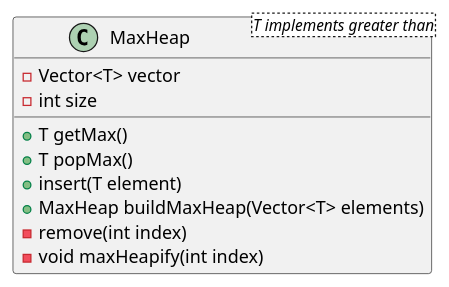
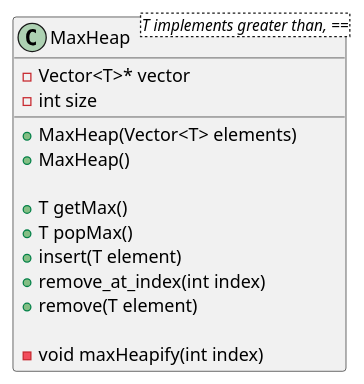
Before and after one commit to GautierLearnsProgramming/Datastructures: the diagram in Heaps/heap.puml, drawn with PlantUML. The commit also changed 22 other files, not shown here.

Commit message:
Add max heap implementation

```diff
--- a/Heaps/heap.puml
+++ b/Heaps/heap.puml
@@ -1,13 +1,18 @@
 @startuml
-class MaxHeap<T implements greater than> {
--Vector<T> vector
+class MaxHeap<T implements greater than, ==> {
+-Vector<T>* vector
 -int size
+
++MaxHeap(Vector<T> elements)
++MaxHeap()
+
 +T getMax()
 +T popMax()
 +insert(T element)
-+MaxHeap buildMaxHeap(Vector<T> elements)
--remove(int index)
++remove_at_index(int index)
++remove(T element)
+
 -void maxHeapify(int index)
 }
 
 @enduml
```
